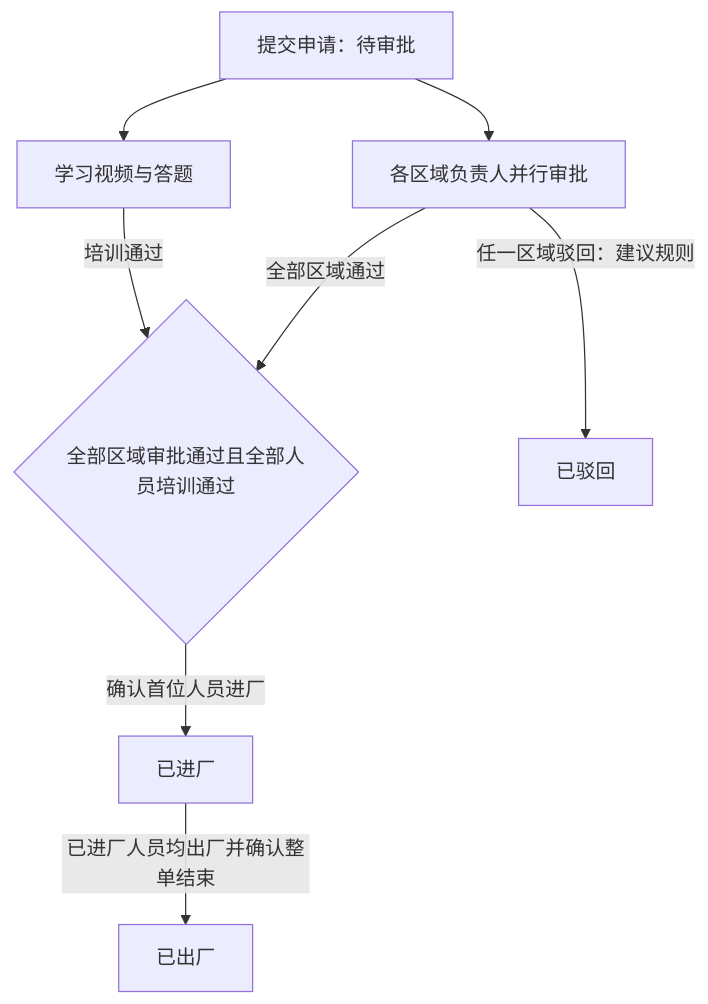
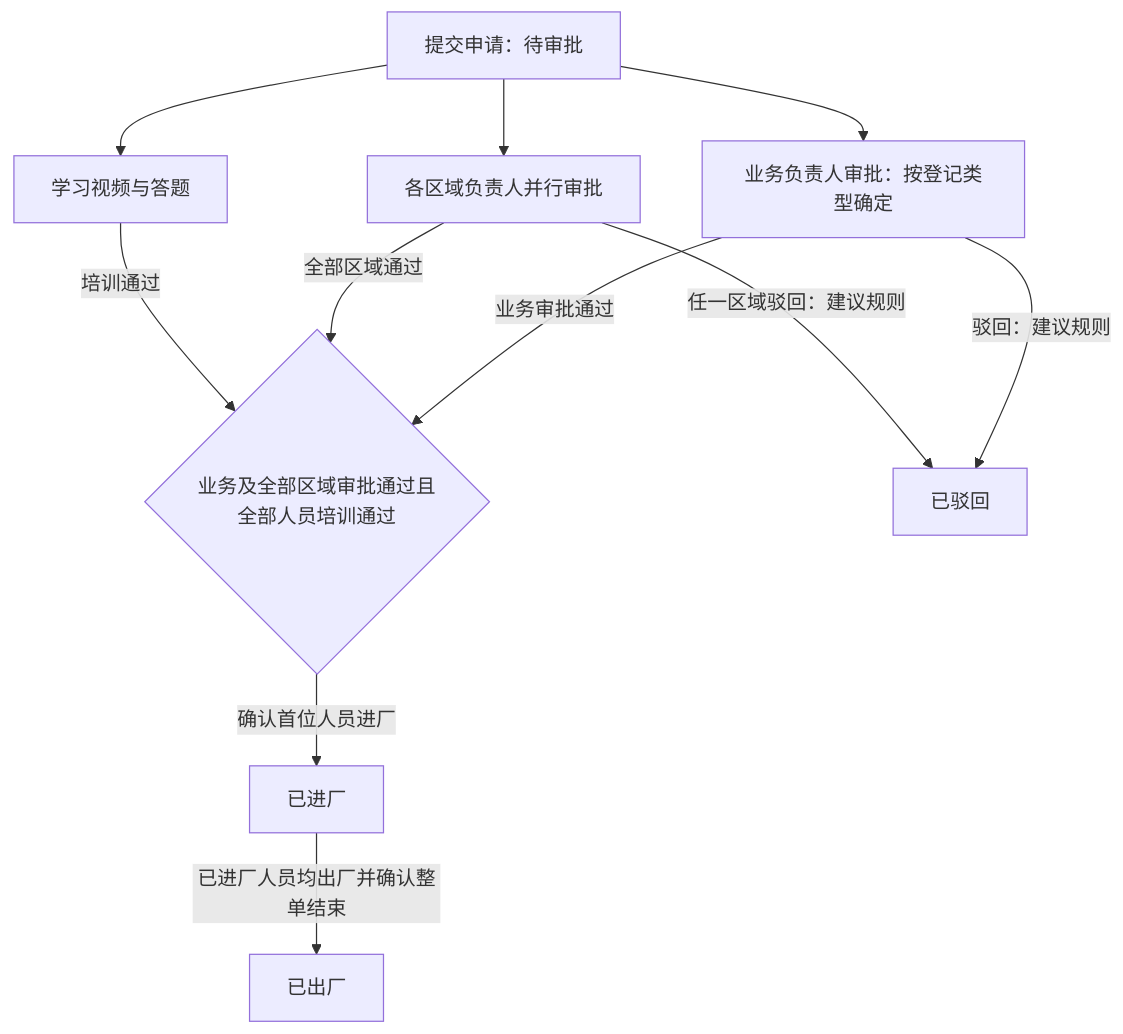
One commit to neozhu/visit-traning-client changed the first of 2 diagrams in doc/VisitSafe-Backend-SPEC.md. Above: the diagram before and after it, drawn with Mermaid. The commit also changed other lines of this file, not shown here.

````diff
--- a/doc/VisitSafe-Backend-SPEC.md
+++ b/doc/VisitSafe-Backend-SPEC.md
@@ -149,10 +155,13 @@
 ```mermaid
 flowchart TB
-    Submitted[提交申请：待审批] --> Review[各区域负责人并行审批]
+    Submitted[提交申请：待审批] --> BusinessReview[业务负责人审批：按登记类型确定]
+    Submitted --> AreaReview[各区域负责人并行审批]
     Submitted --> Training[学习视频与答题]
-    Review -->|全部区域通过| Gate{全部区域审批通过且全部人员培训通过}
+    BusinessReview -->|业务审批通过| Gate{业务及全部区域审批通过且全部人员培训通过}
+    AreaReview -->|全部区域通过| Gate
     Training -->|培训通过| Gate
-    Review -->|任一区域驳回：建议规则| Rejected[已驳回]
+    BusinessReview -->|驳回：建议规则| Rejected[已驳回]
+    AreaReview -->|任一区域驳回：建议规则| Rejected
     Gate -->|确认首位人员进厂| CheckedIn[已进厂]
     CheckedIn -->|已进厂人员均出厂并确认整单结束| CheckedOut[已出厂]
 ```
````
